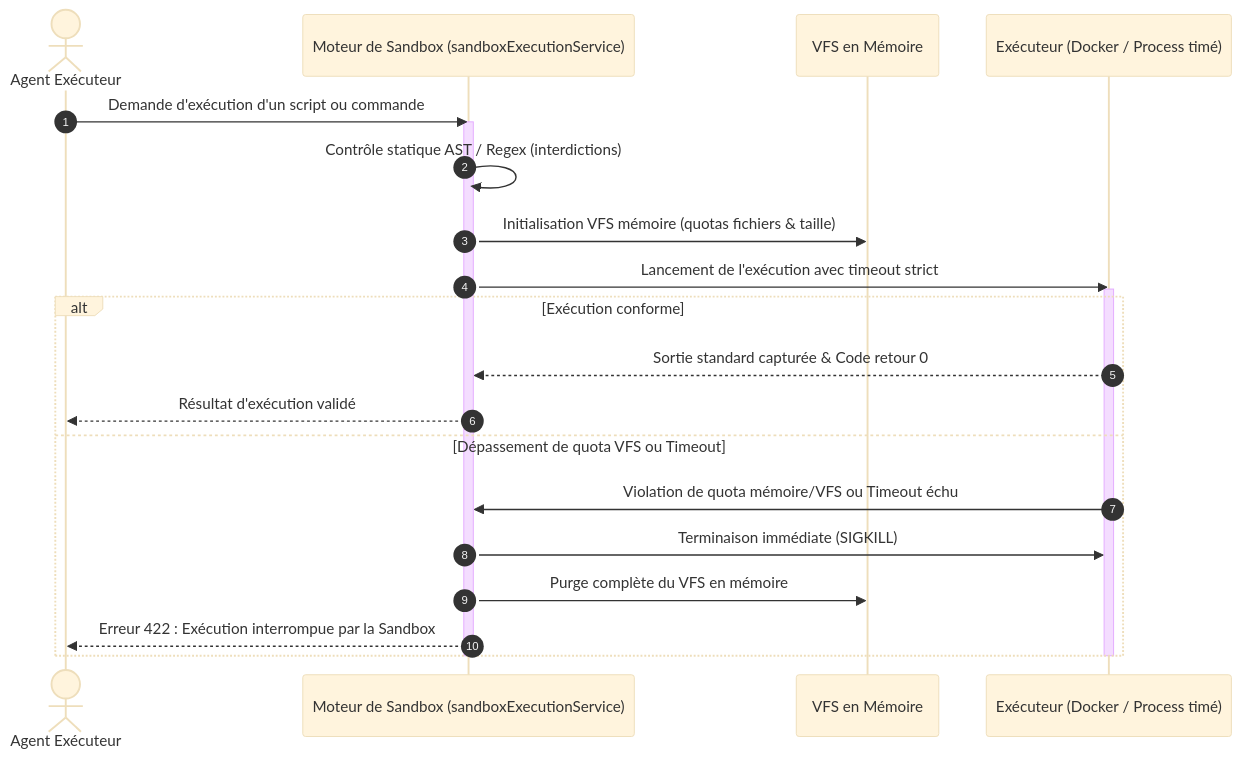
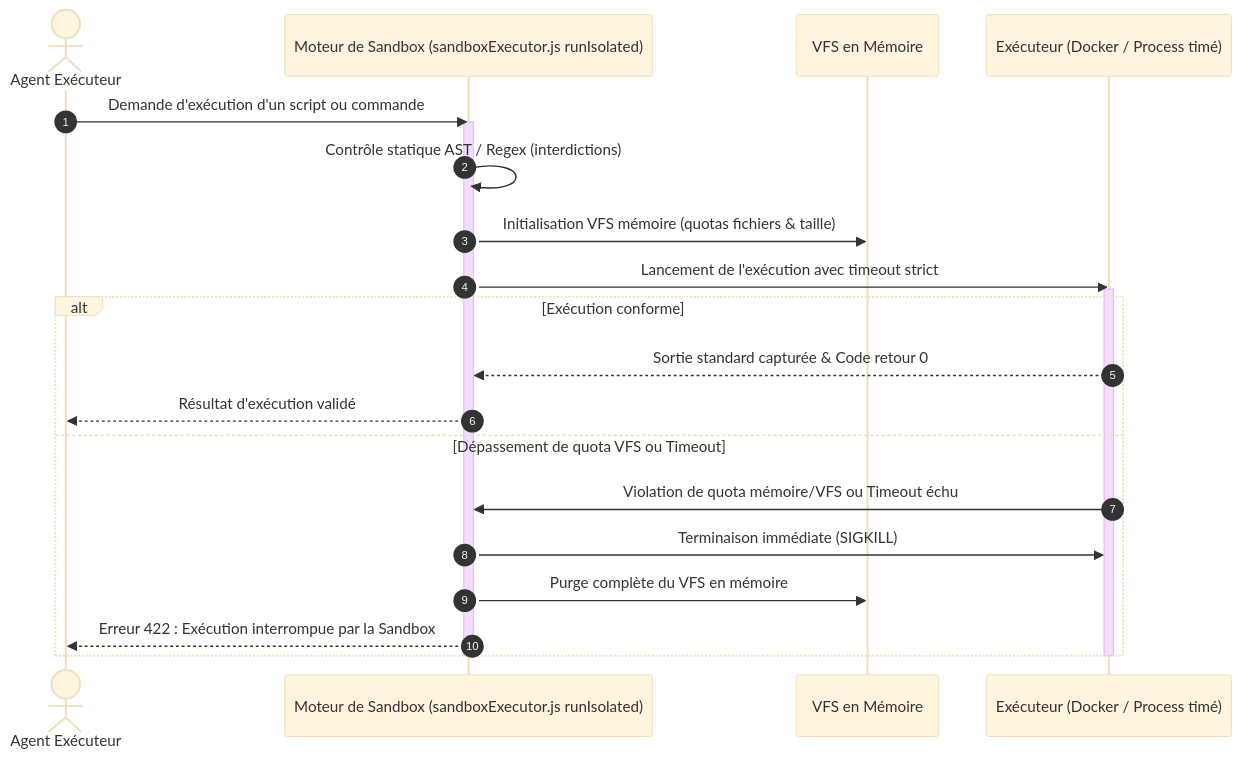
The third of 3 diagrams in docs/05-securite-gouvernance/sandbox-execution-code.md (PISSARAW/GenOS), drawn with Mermaid (base theme) before and after one commit. The commit also changed other lines of this file and 15 other files, not shown here.

````diff
--- a/docs/05-securite-gouvernance/sandbox-execution-code.md
+++ b/docs/05-securite-gouvernance/sandbox-execution-code.md
@@ -284,27 +284,27 @@
 ```mermaid
 sequenceDiagram
     autonumber
     actor Agent as Agent Exécuteur
-    participant Sandbox as Moteur de Sandbox (sandboxExecutionService)
+    participant Sandbox as Moteur de Sandbox (sandboxExecutor.js runIsolated)
     participant VFS as VFS en Mémoire
     participant Runner as Exécuteur (Docker / Process timé)
 
     Agent->>Sandbox: Demande d'exécution d'un script ou commande
     activate Sandbox
     Sandbox->>Sandbox: Contrôle statique AST / Regex (interdictions)
     Sandbox->>VFS: Initialisation VFS mémoire (quotas fichiers & taille)
     Sandbox->>Runner: Lancement de l'exécution avec timeout strict
     
     activate Runner
     alt Exécution conforme
         Runner-->>Sandbox: Sortie standard capturée & Code retour 0
         Sandbox-->>Agent: Résultat d'exécution validé
     else Dépassement de quota VFS ou Timeout
         Runner->>Sandbox: Violation de quota mémoire/VFS ou Timeout échu
         Sandbox->>Runner: Terminaison immédiate (SIGKILL)
         Sandbox->>VFS: Purge complète du VFS en mémoire
         Sandbox-->>Agent: Erreur 422 : Exécution interrompue par la Sandbox
     end
     deactivate Runner
     deactivate Sandbox
 ```
````
